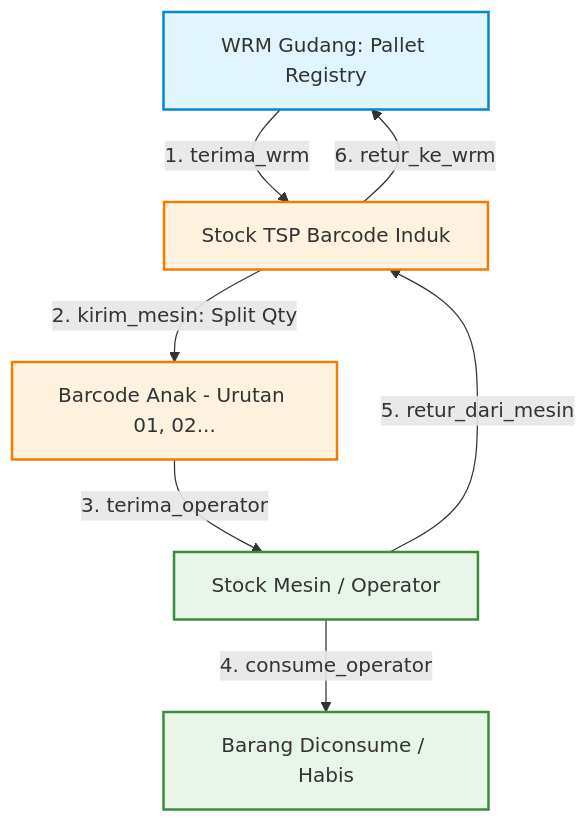
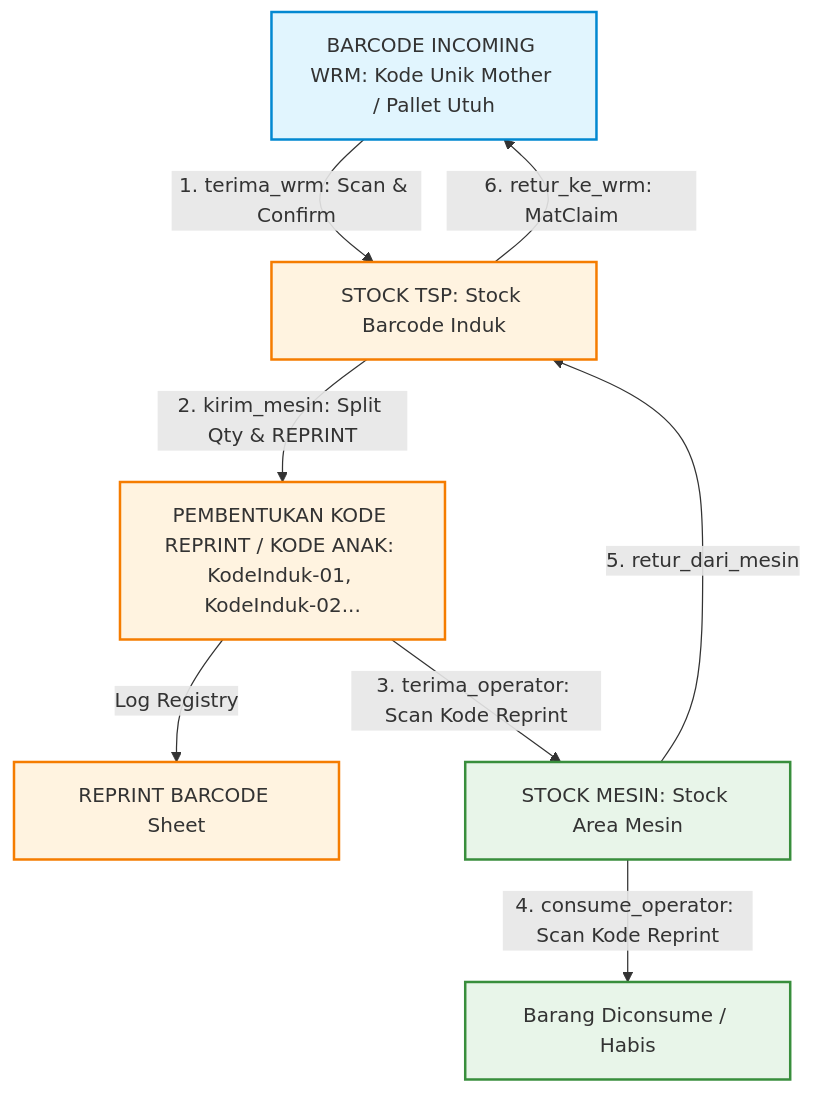
The diagram in dokumentasi/STATE_MACHINE_DIAGRAM.md (imannurchaedi-max/TSP), drawn with Mermaid before and after one commit. The commit also changed 2 other files, not shown here.

Commit message:
Update state machine diagram aligning Kode Anak and Kode Reprint concept

````diff
--- a/dokumentasi/STATE_MACHINE_DIAGRAM.md
+++ b/dokumentasi/STATE_MACHINE_DIAGRAM.md
@@ -3,13 +3,14 @@
 ```mermaid
 graph TD
     classDef wrm fill:#e1f5fe,stroke:#0288d1,stroke-width:2px;
     classDef tsp fill:#fff3e0,stroke:#f57c00,stroke-width:2px;
     classDef operator fill:#e8f5e9,stroke:#388e3c,stroke-width:2px;
 
-    WRM[WRM Gudang: Pallet Registry]:::wrm -->|1. terima_wrm| StockTSP[Stock TSP Barcode Induk]:::tsp
-    StockTSP -->|2. kirim_mesin: Split Qty| ChildBarcode[Barcode Anak - Urutan 01, 02...]:::tsp
-    ChildBarcode -->|3. terima_operator| OperatorStock[Stock Mesin / Operator]:::operator
-    OperatorStock -->|4. consume_operator| Consumed[Barang Diconsume / Habis]:::operator
+    WRM[BARCODE INCOMING WRM: Kode Unik Mother / Pallet Utuh]:::wrm -->|1. terima_wrm: Scan & Confirm| StockTSP[STOCK TSP: Stock Barcode Induk]:::tsp
+    StockTSP -->|2. kirim_mesin: Split Qty & REPRINT| ReprintGen[PEMBENTUKAN KODE REPRINT / KODE ANAK: KodeInduk-01, KodeInduk-02...]:::tsp
+    ReprintGen -->|Log Registry| ReprintSheet[REPRINT BARCODE Sheet]:::tsp
+    ReprintGen -->|3. terima_operator: Scan Kode Reprint| OperatorStock[STOCK MESIN: Stock Area Mesin]:::operator
+    OperatorStock -->|4. consume_operator: Scan Kode Reprint| Consumed[Barang Diconsume / Habis]:::operator
     OperatorStock -->|5. retur_dari_mesin| StockTSP
-    StockTSP -->|6. retur_ke_wrm| WRM
+    StockTSP -->|6. retur_ke_wrm: MatClaim| WRM
 ```
````
